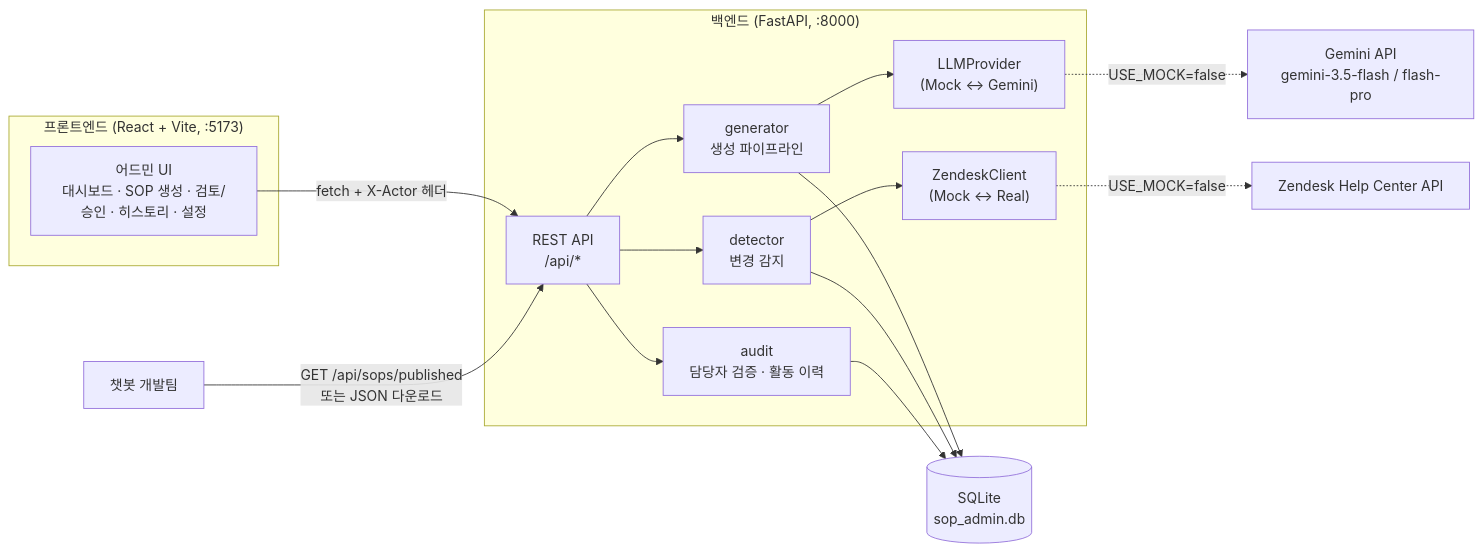
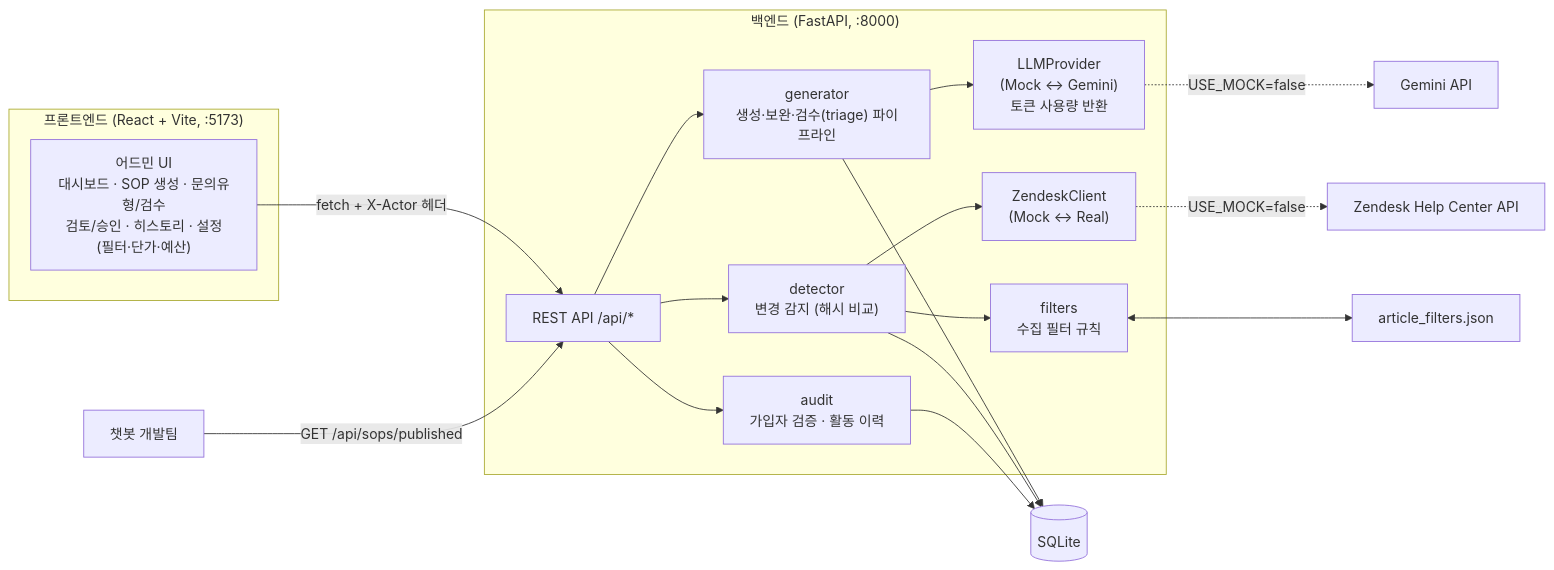
The first of 6 diagrams in docs/ARCHITECTURE.md (jinjjju/AI_SOP), drawn with Mermaid before and after one commit. The commit also changed other lines of this file and 3 other files, not shown here.

````diff
--- a/docs/ARCHITECTURE.md
+++ b/docs/ARCHITECTURE.md
@@ -8,29 +14,32 @@
 ```mermaid
 flowchart LR
     subgraph Client["프론트엔드 (React + Vite, :5173)"]
-        UI["어드민 UI<br/>대시보드 · SOP 생성 · 검토/승인 · 히스토리 · 설정"]
+        UI["어드민 UI<br/>대시보드 · SOP 생성 · 문의유형/검수<br/>검토/승인 · 히스토리 · 설정(필터·단가·예산)"]
     end
 
     subgraph Server["백엔드 (FastAPI, :8000)"]
-        API["REST API<br/>/api/*"]
-        GEN["generator<br/>생성 파이프라인"]
-        DET["detector<br/>변경 감지"]
-        AUD["audit<br/>담당자 검증 · 활동 이력"]
+        API["REST API /api/*"]
+        GEN["generator<br/>생성·보완·검수(triage) 파이프라인"]
+        DET["detector<br/>변경 감지 (해시 비교)"]
+        FIL["filters<br/>수집 필터 규칙"]
+        AUD["audit<br/>가입자 검증 · 활동 이력"]
         ZC["ZendeskClient<br/>(Mock ↔ Real)"]
-        LP["LLMProvider<br/>(Mock ↔ Gemini)"]
+        LP["LLMProvider<br/>(Mock ↔ Gemini)<br/>토큰 사용량 반환"]
     end
 
-    DB[("SQLite<br/>sop_admin.db")]
+    DB[("SQLite")]
+    FJSON["article_filters.json"]
     ZD["Zendesk Help Center API"]
-    GM["Gemini API<br/>gemini-3.5-flash / flash-pro"]
+    GM["Gemini API"]
     DEV["챗봇 개발팀"]
 
     UI -- "fetch + X-Actor 헤더" --> API
     API --> GEN & DET & AUD
     GEN --> LP
-    DET --> ZC
+    DET --> ZC & FIL
+    FIL <--> FJSON
     GEN & DET & AUD --> DB
     ZC -. "USE_MOCK=false" .-> ZD
     LP -. "USE_MOCK=false" .-> GM
-    DEV -- "GET /api/sops/published<br/>또는 JSON 다운로드" --> API
+    DEV -- "GET /api/sops/published" --> API
 ```
````
